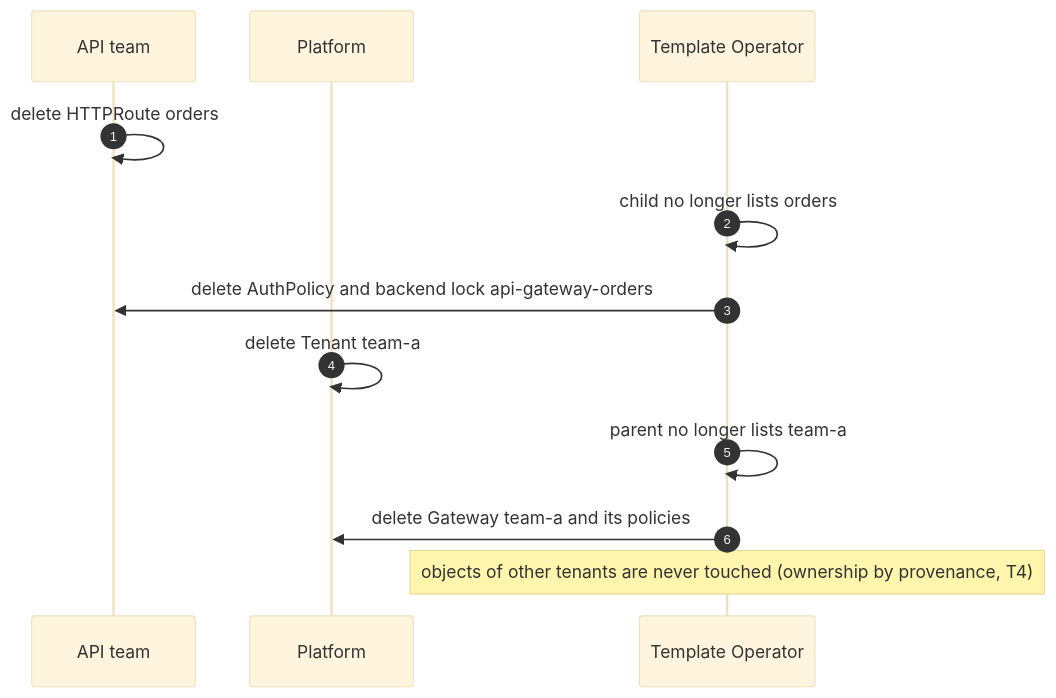
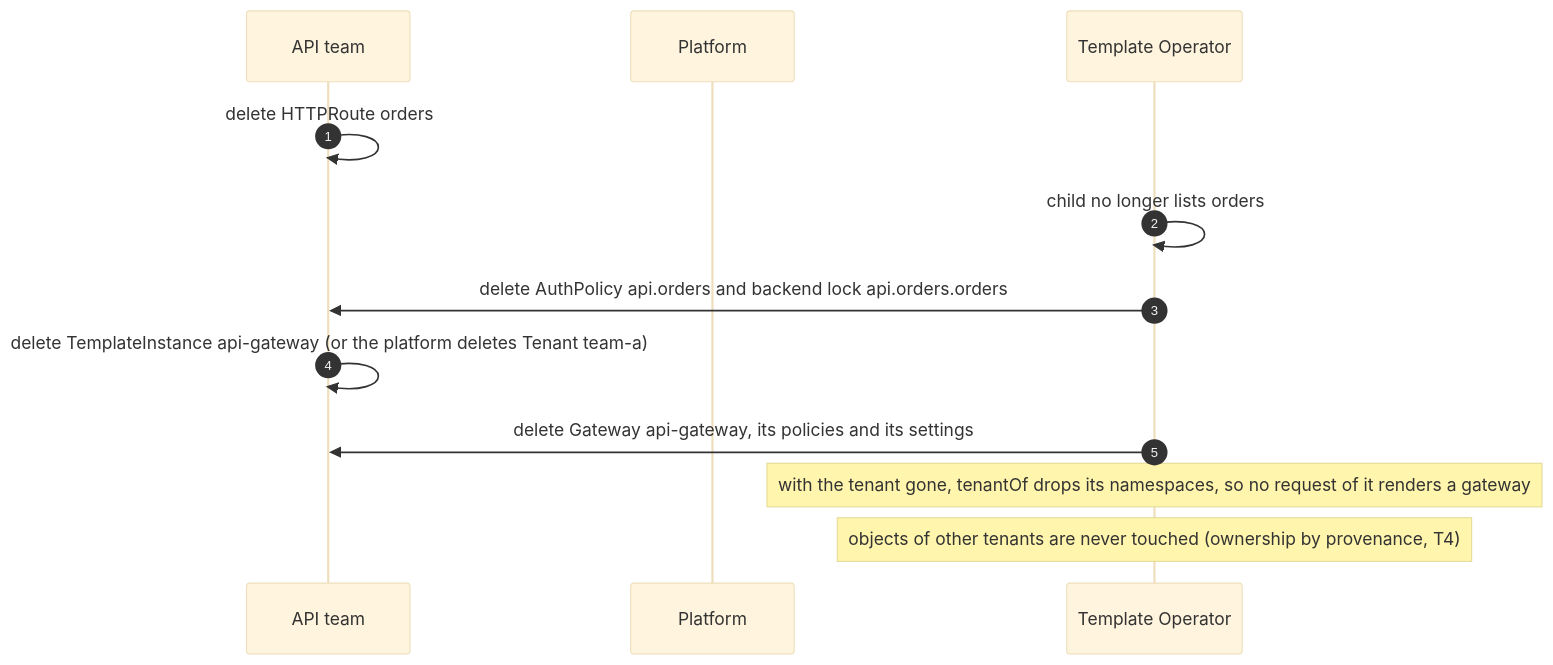
Before and after one commit to stakater/mto-extension-api-gateway: the fifth of 6 diagrams in docs/diagrams.md, drawn with Mermaid (base theme). The commit also changed other lines of this file and 46 other files, not shown here.

Commit message:
G.1: a gateway per tenant, on request; parameter list; ADR-0010, ADR-0011

````diff
--- a/docs/diagrams.md
+++ b/docs/diagrams.md
@@ -120,14 +130,14 @@
 ```mermaid
 sequenceDiagram
   autonumber
   participant D as API team
   participant P as Platform
   participant T as Template Operator
   D->>D: delete HTTPRoute orders
   T->>T: child no longer lists orders
-  T->>D: delete AuthPolicy and backend lock api-gateway-orders
-  P->>P: delete Tenant team-a
-  T->>T: parent no longer lists team-a
-  T->>P: delete Gateway team-a and its policies
+  T->>D: delete AuthPolicy api.orders and backend lock api.orders.orders
+  D->>D: delete TemplateInstance api-gateway (or the platform deletes Tenant team-a)
+  T->>D: delete Gateway api-gateway, its policies and its settings
+  Note over T: with the tenant gone, tenantOf drops its namespaces, so no request of it renders a gateway
   Note over T: objects of other tenants are never touched (ownership by provenance, T4)
 ```
````
